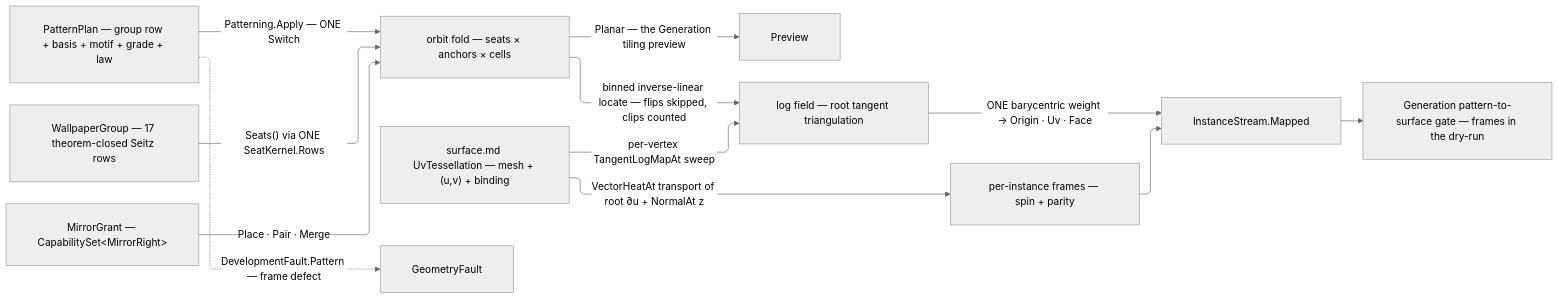
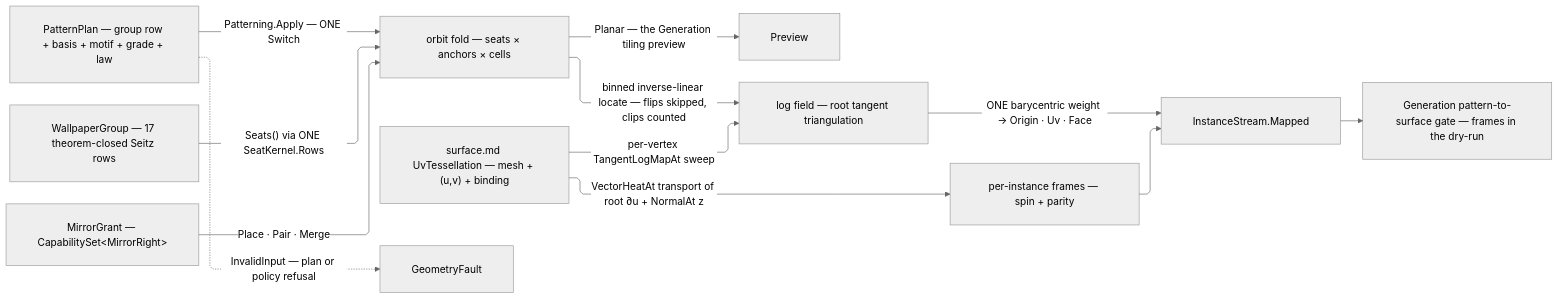
Before and after one commit to bsamiee/Rasm: the diagram in libs/dotnet/Rasm/.planning/Parametric/patternmap.md, drawn with Mermaid (neutral theme). The commit also changed other lines of this file and 99 other files, not shown here.

````diff
--- a/libs/dotnet/Rasm/.planning/Parametric/patternmap.md
+++ b/libs/dotnet/Rasm/.planning/Parametric/patternmap.md
@@ -297,23 +294,23 @@
 ```mermaid
 ---
 config:
   layout: elk
   flowchart:
     curve: linear
     padding: 25
 ---
 flowchart LR
     accTitle: Pattern orbit and mapping flow
     accDescr: PatternPlan drives the wallpaper orbit fold; Orbit emits the planar stream and Map lifts sites through the log field onto the surface with transported frames.
     Plan["PatternPlan — group row + basis + motif + grade + law"] -->|"Patterning.Apply — ONE Switch"| Orbit["orbit fold — seats × anchors × cells"]
     Groups["WallpaperGroup — 17 theorem-closed Seitz rows"] -->|"Seats() via ONE SeatKernel.Rows"| Orbit
     Grant["MirrorGrant — CapabilitySet&lt;MirrorRight&gt;"] -->|"Place · Pair · Merge"| Orbit
     Orbit -->|"Planar — the Generation tiling preview"| Preview
     UvT["surface.md UvTessellation — mesh + (u,v) + binding"] -->|"per-vertex TangentLogMapAt sweep"| Log["log field — root tangent triangulation"]
     Orbit -->|"binned inverse-linear locate — flips skipped, clips counted"| Log
     Log -->|"ONE barycentric weight → Origin · Uv · Face"| Stream["InstanceStream.Mapped"]
     UvT -->|"VectorHeatAt transport of root ∂u + NormalAt z"| Frames["per-instance frames — spin + parity"]
     Frames --> Stream
     Stream --> Gate["Generation pattern-to-surface gate — frames in the dry-run"]
-    Plan -.->|"DevelopmentFault.Pattern — frame defect"| GeometryFault
+    Plan -.->|"InvalidInput — plan or policy refusal"| GeometryFault
 ```
````
